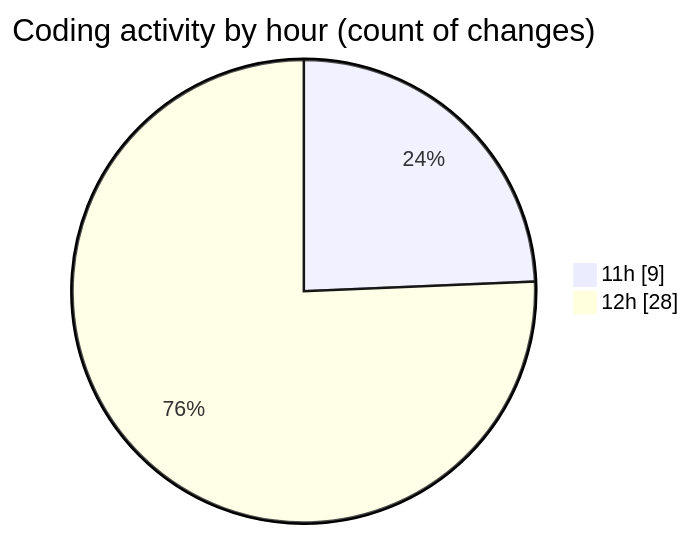
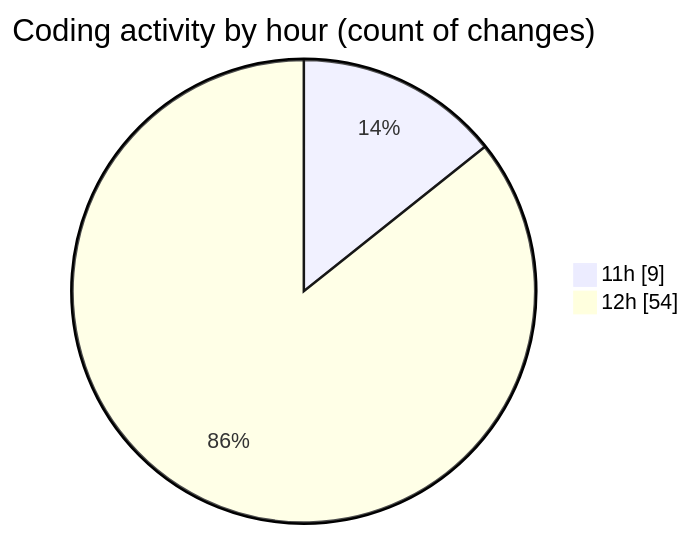
Before and after one commit to nxtqubesakshisongat/code-tracking: the second of 2 diagrams in 2026-08-23/nxtqube_webapp/README.md, drawn with Mermaid. The commit also changed other lines of this file and 1 other file, not shown here.

````diff
--- a/2026-08-23/nxtqube_webapp/README.md
+++ b/2026-08-23/nxtqube_webapp/README.md
@@ -40,6 +50,6 @@
 ```mermaid
 pie showData
 title Coding activity by hour (count of changes)
 "11h" : 9
-"12h" : 28
+"12h" : 54
 ```
````
